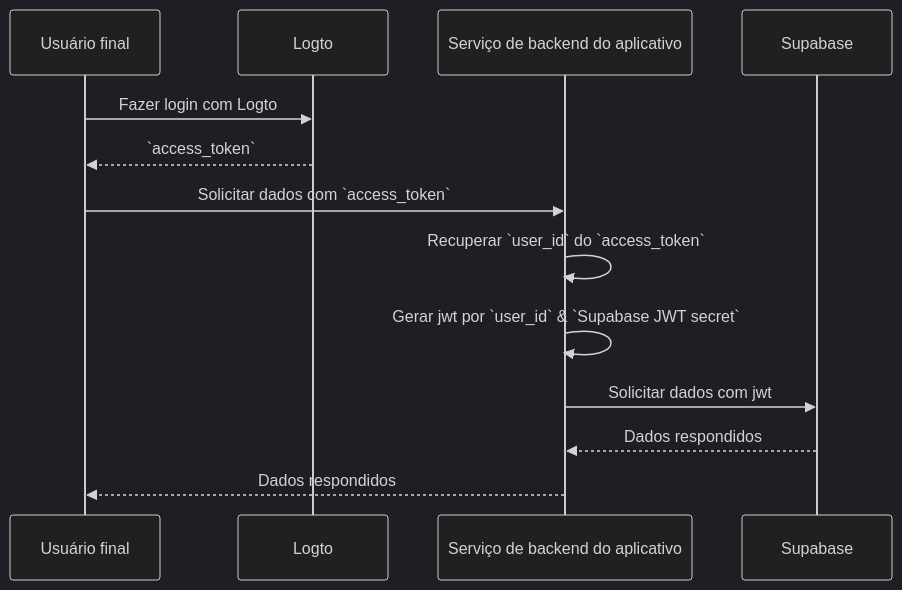
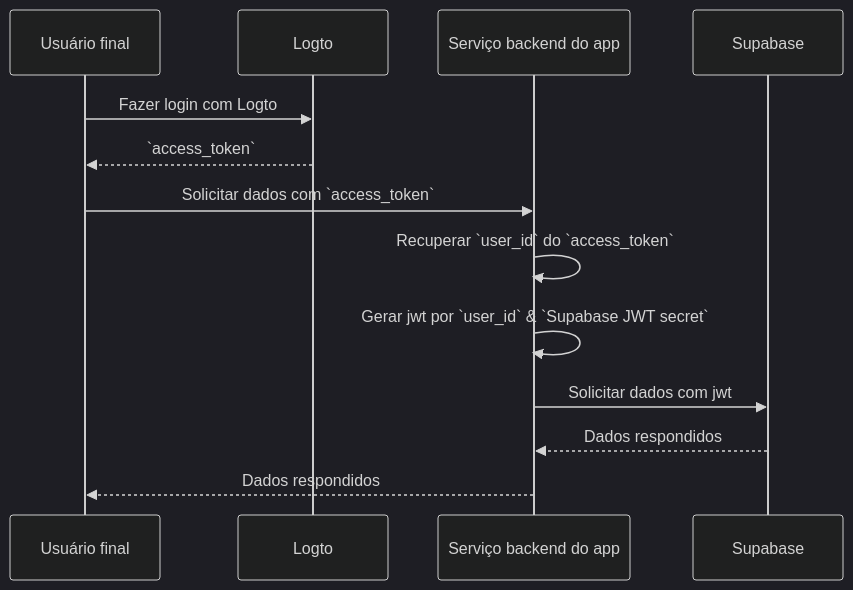
The diagram in i18n/pt-BR/docusaurus-plugin-content-docs/current/quick-starts/database/supabase/README.mdx (logto-io/docs), drawn with Mermaid (dark theme) before and after one commit. The commit also changed other lines of this file and 357 other files, not shown here.

````diff
--- a/i18n/pt-BR/docusaurus-plugin-content-docs/current/quick-starts/database/supabase/README.mdx
+++ b/i18n/pt-BR/docusaurus-plugin-content-docs/current/quick-starts/database/supabase/README.mdx
@@ -113,16 +110,16 @@
 ```mermaid
 sequenceDiagram
 	Participant U as Usuário final
 	Participant Logto
-	Participant B as Serviço de backend do aplicativo
+	Participant B as Serviço backend do app
 	Participant Supabase
 
 	U->>Logto: Fazer login com Logto
 	Logto-->>U: `access_token`
 	U->>B: Solicitar dados com `access_token`
 	B->>B: Recuperar `user_id` do `access_token`
 	B->>B: Gerar jwt por `user_id` & `Supabase JWT secret`
 	B->>Supabase: Solicitar dados com jwt
 	Supabase-->>B: Dados respondidos
 	B-->>U: Dados respondidos
 ```
````
